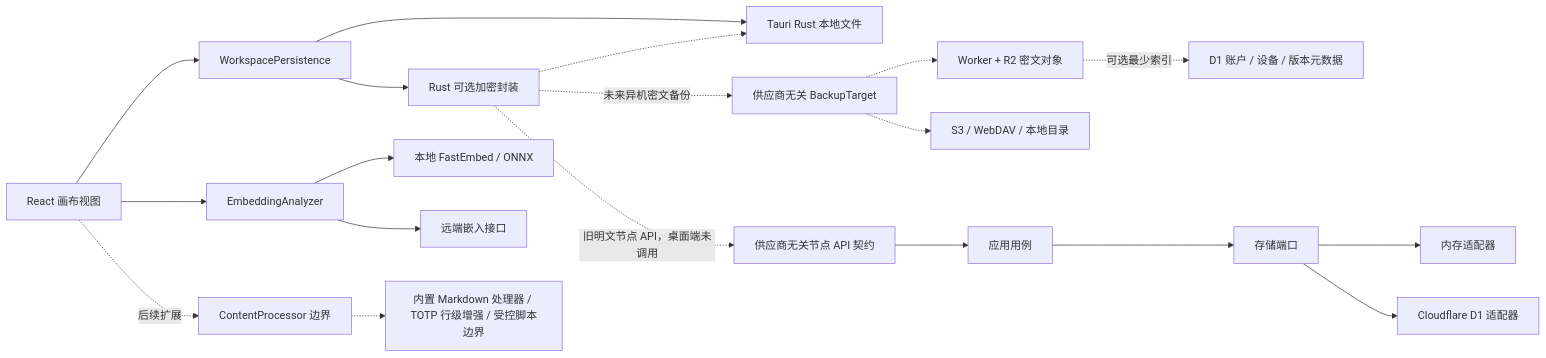
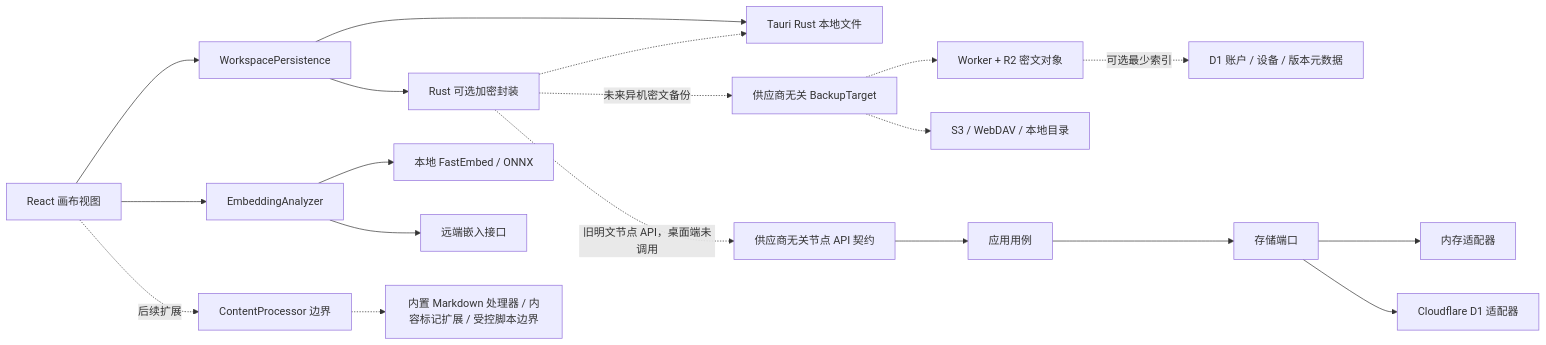
One commit to 3fteye/linked-info changed the diagram in DEVELOPMENT.md. Above: the diagram before and after it, drawn with Mermaid. The commit also changed other lines of this file and 21 other files, not shown here.

````diff
--- a/DEVELOPMENT.md
+++ b/DEVELOPMENT.md
@@ -34,21 +34,21 @@
 ```mermaid
 flowchart LR
     UI["React 画布视图"] --> WP["WorkspacePersistence"]
     WP --> TF["Tauri Rust 本地文件"]
     WP --> ENC["Rust 可选加密封装"]
     ENC -.-> TF
     UI --> EA["EmbeddingAnalyzer"]
     EA --> LE["本地 FastEmbed / ONNX"]
     EA --> RE["远端嵌入接口"]
     UI -. "后续扩展" .-> CP["ContentProcessor 边界"]
-    CP -.-> BUILTIN["内置 Markdown 处理器 / TOTP 行级增强 / 受控脚本边界"]
+    CP -.-> BUILTIN["内置 Markdown 处理器 / 内容标记扩展 / 受控脚本边界"]
     ENC -. "未来异机密文备份" .-> BT["供应商无关 BackupTarget"]
     BT -.-> R2["Worker + R2 密文对象"]
     BT -.-> OTHER["S3 / WebDAV / 本地目录"]
     R2 -. "可选最少索引" .-> D1META["D1 账户 / 设备 / 版本元数据"]
     ENC -. "旧明文节点 API，桌面端未调用" .-> API["供应商无关节点 API 契约"]
     API --> APP["应用用例"]
     APP --> PORT["存储端口"]
     PORT --> MEM["内存适配器"]
     PORT --> D1["Cloudflare D1 适配器"]
 ```
````
